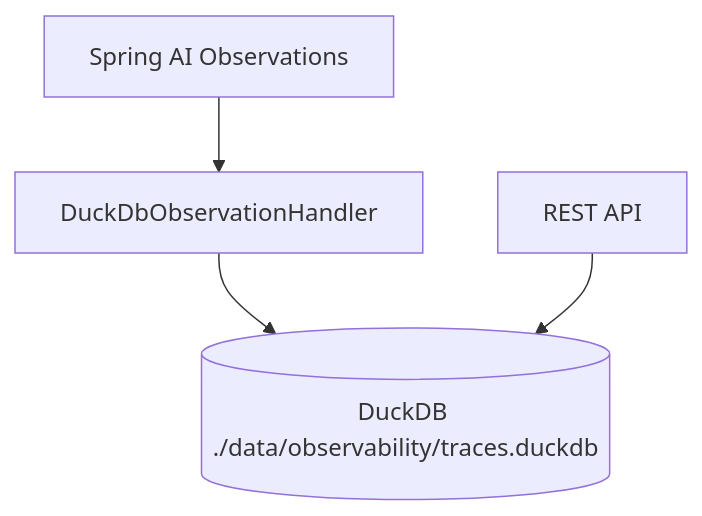
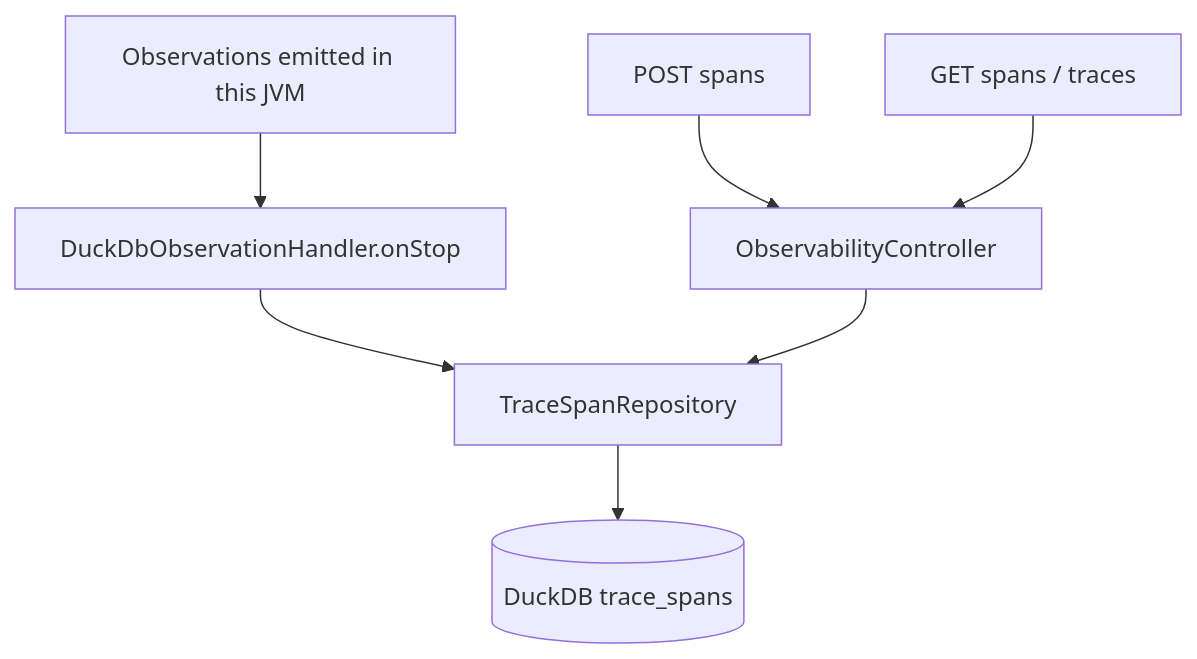
One commit to prasadgaikwad/spring-ai-apps changed the first of 2 diagrams in ai-observability/README.md. Above: the diagram before and after it, drawn with Mermaid. The commit also changed other lines of this file and 23 other files, not shown here.

````diff
--- a/ai-observability/README.md
+++ b/ai-observability/README.md
@@ -26,6 +36,9 @@
 ```mermaid
-flowchart TD
-  Obs[Spring AI Observations] --> H[DuckDbObservationHandler]
-  H --> DB[(DuckDB ./data/observability/traces.duckdb)]
-  API[REST API] --> DB
+flowchart TB
+    Local[Observations emitted in this JVM] --> H[DuckDbObservationHandler.onStop]
+    Post[POST spans] --> C[ObservabilityController]
+    H --> R[TraceSpanRepository]
+    C --> R
+    R --> DB[(DuckDB trace_spans)]
+    Get[GET spans / traces] --> C
 ```
````
